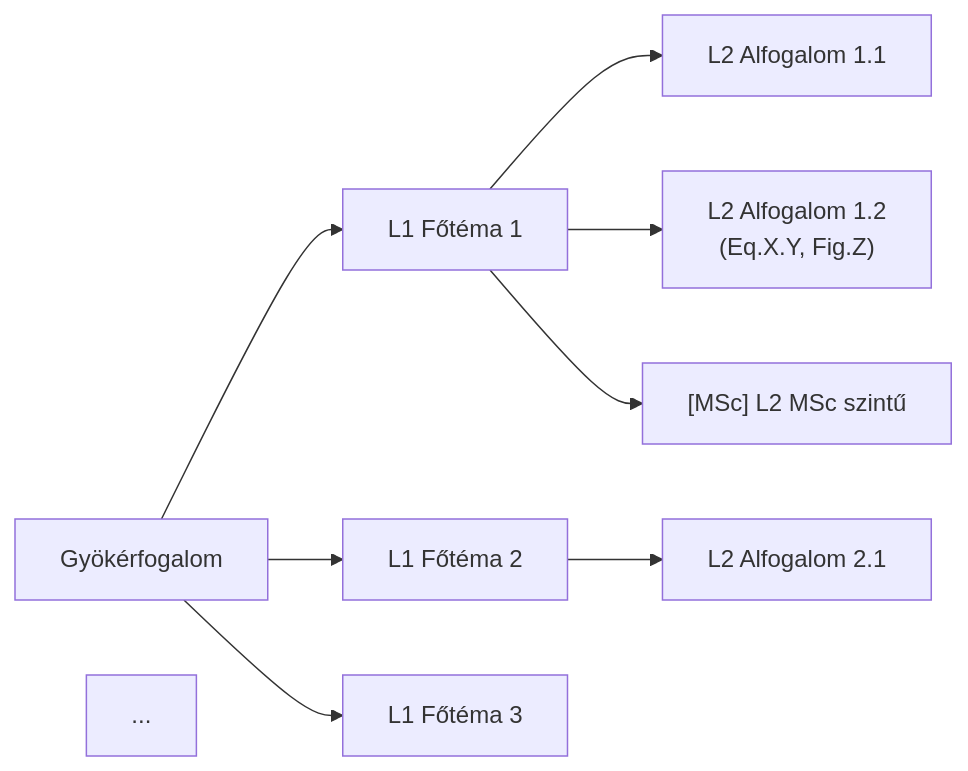
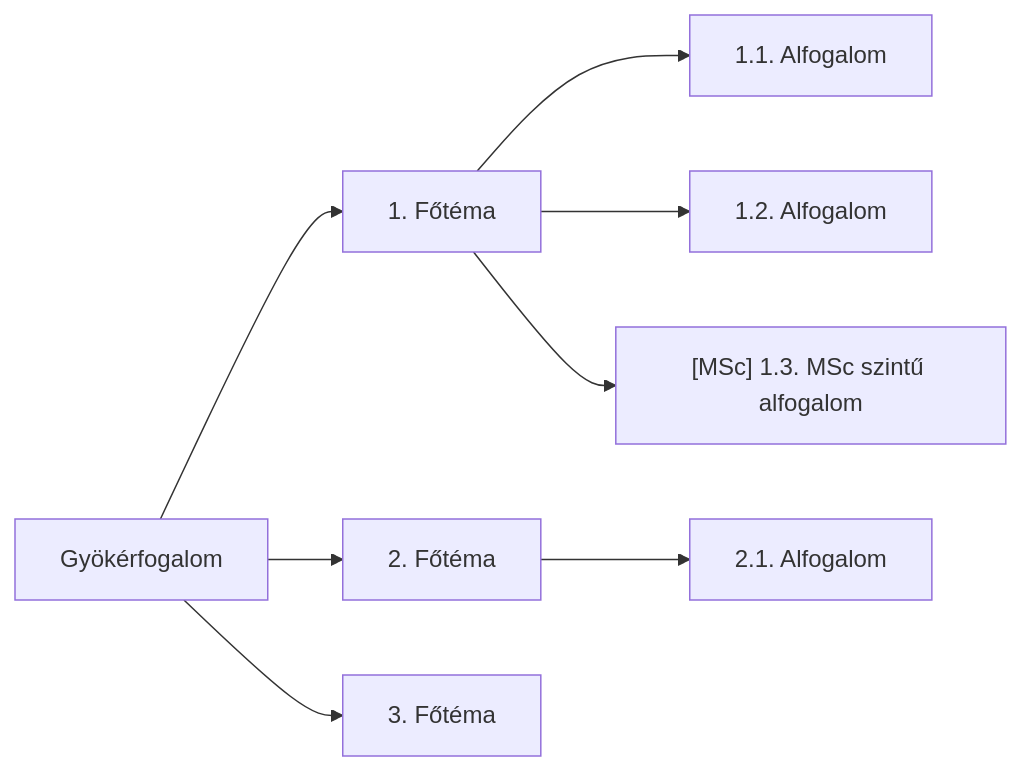
The diagram in .claude/skills/03_mindmap_builder.md (InutilemMachina/claude_course), drawn with Mermaid before and after one commit. The commit also changed other lines of this file and 2 other files, not shown here.

First line of the commit message:
03_mindmap_builder: node minőségi szabályok + szigorú fa-struktúra

````diff
--- a/.claude/skills/03_mindmap_builder.md
+++ b/.claude/skills/03_mindmap_builder.md
@@ -75,14 +75,13 @@
 ```mermaid
 flowchart LR
     ROOT["Gyökérfogalom"]
-    ROOT --> A["L1 Főtéma 1"]
-    ROOT --> B["L1 Főtéma 2"]
-    ROOT --> C["L1 Főtéma 3"]
+    ROOT --> A["1. Főtéma"]
+    ROOT --> B["2. Főtéma"]
+    ROOT --> C["3. Főtéma"]
 
-    A --> A1["L2 Alfogalom 1.1"]
-    A --> A2["L2 Alfogalom 1.2\n(Eq.X.Y, Fig.Z)"]
-    A --> A3["[MSc] L2 MSc szintű"]
+    A --> A1["1.1. Alfogalom"]
+    A --> A2["1.2. Alfogalom"]
+    A --> A3["[MSc] 1.3. MSc szintű alfogalom"]
 
-    B --> B1["L2 Alfogalom 2.1"]
-    ...
+    B --> B1["2.1. Alfogalom"]
 ```
````
